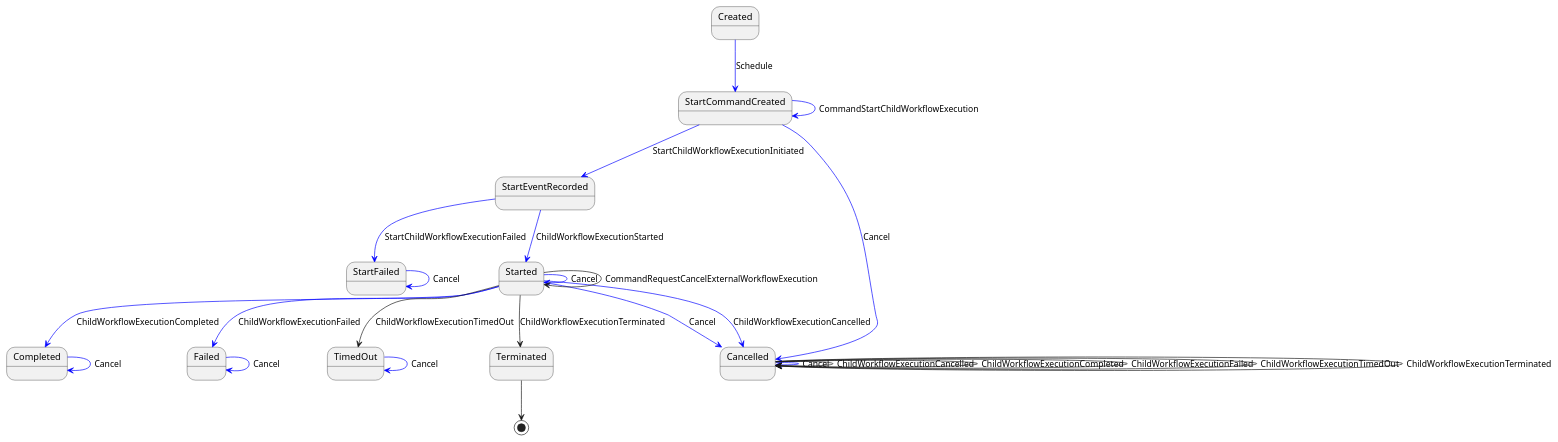
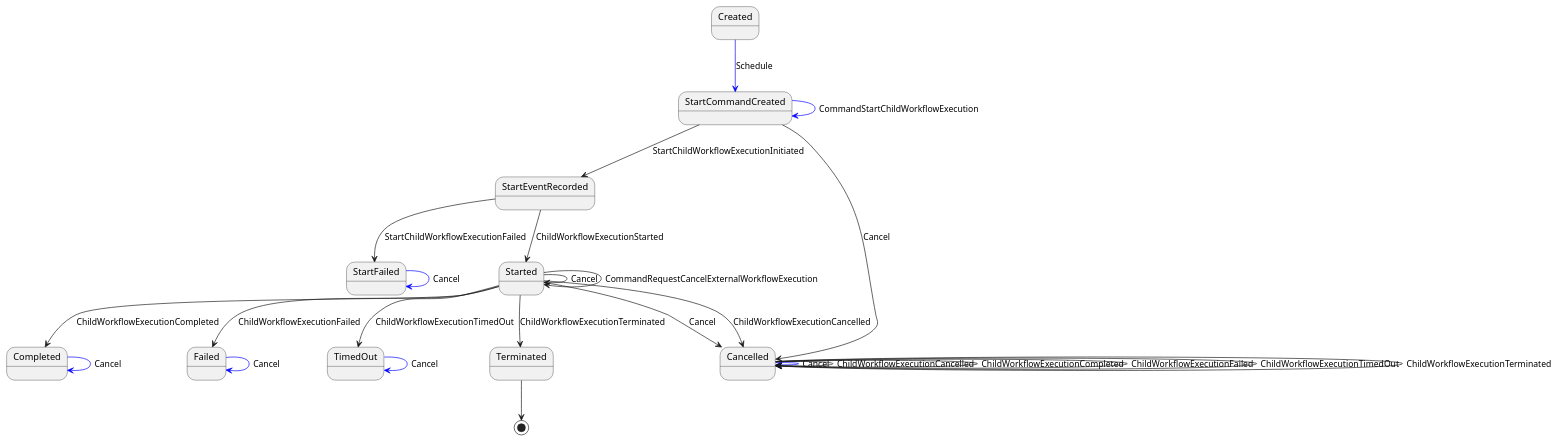
One commit to temporalio/sdk-core changed the diagram in crates/core/machine_coverage/ChildWorkflowMachine_Coverage.puml. Above: the diagram before and after it, drawn with PlantUML. The commit also changed 11 other files, not shown here.

```diff
--- a/crates/core/machine_coverage/ChildWorkflowMachine_Coverage.puml
+++ b/crates/core/machine_coverage/ChildWorkflowMachine_Coverage.puml
@@ -1,27 +1,27 @@
 @startuml
 Created -[#blue]-> StartCommandCreated: Schedule
 StartCommandCreated -[#blue]-> StartCommandCreated: CommandStartChildWorkflowExecution
-StartCommandCreated -[#blue]-> StartEventRecorded: StartChildWorkflowExecutionInitiated
-StartCommandCreated -[#blue]-> Cancelled: Cancel
-StartEventRecorded -[#blue]-> Started: ChildWorkflowExecutionStarted
-StartEventRecorded -[#blue]-> StartFailed: StartChildWorkflowExecutionFailed
-Started -[#blue]-> Completed: ChildWorkflowExecutionCompleted
-Started -[#blue]-> Failed: ChildWorkflowExecutionFailed
+StartCommandCreated --> StartEventRecorded: StartChildWorkflowExecutionInitiated
+StartCommandCreated --> Cancelled: Cancel
+StartEventRecorded --> Started: ChildWorkflowExecutionStarted
+StartEventRecorded --> StartFailed: StartChildWorkflowExecutionFailed
+Started --> Completed: ChildWorkflowExecutionCompleted
+Started --> Failed: ChildWorkflowExecutionFailed
 Started --> TimedOut: ChildWorkflowExecutionTimedOut
-Started -[#blue]-> Cancelled: ChildWorkflowExecutionCancelled
+Started --> Cancelled: ChildWorkflowExecutionCancelled
 Started --> Terminated: ChildWorkflowExecutionTerminated
-Started -[#blue]-> Started: Cancel
-Started -[#blue]-> Cancelled: Cancel
+Started --> Started: Cancel
+Started --> Cancelled: Cancel
 Started --> Started: CommandRequestCancelExternalWorkflowExecution
 Cancelled -[#blue]-> Cancelled: Cancel
 Cancelled --> Cancelled: ChildWorkflowExecutionCancelled
 Cancelled --> Cancelled: ChildWorkflowExecutionCompleted
 Cancelled --> Cancelled: ChildWorkflowExecutionFailed
 Cancelled --> Cancelled: ChildWorkflowExecutionTimedOut
 Cancelled --> Cancelled: ChildWorkflowExecutionTerminated
 Failed -[#blue]-> Failed: Cancel
 StartFailed -[#blue]-> StartFailed: Cancel
 TimedOut -[#blue]-> TimedOut: Cancel
 Completed -[#blue]-> Completed: Cancel
 Terminated --> [*]
 @enduml
```
